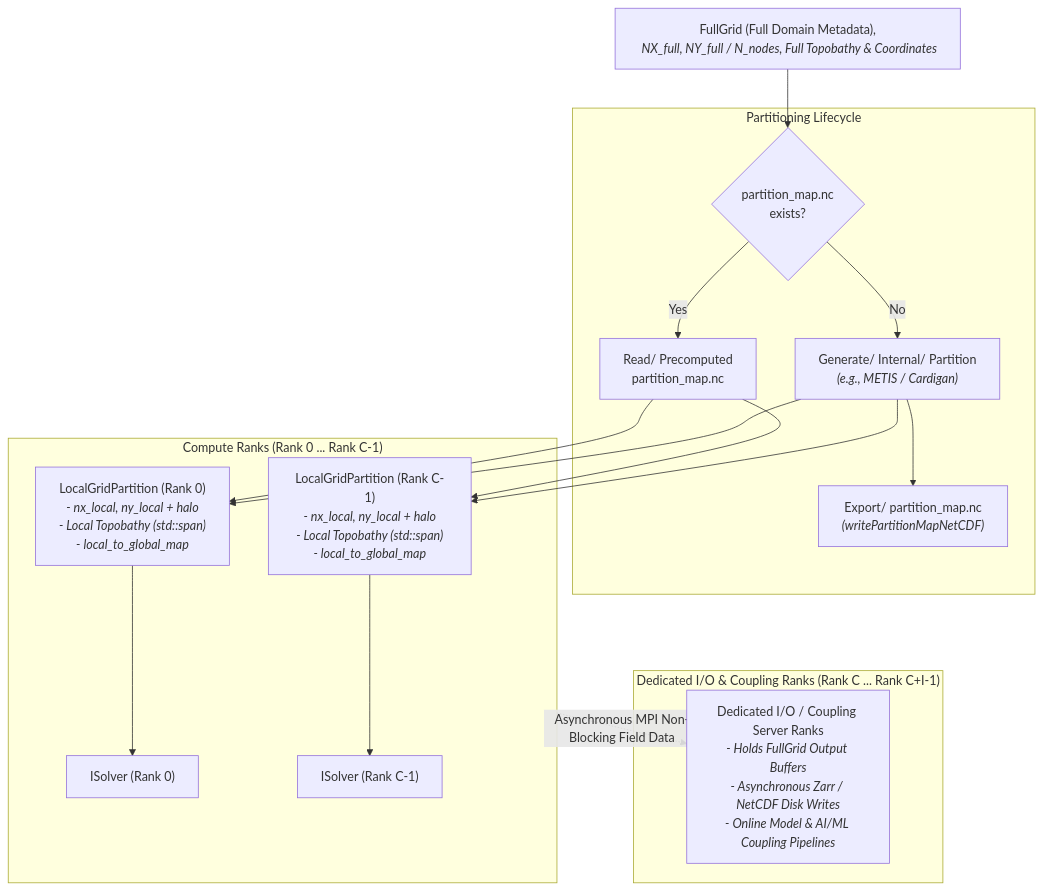
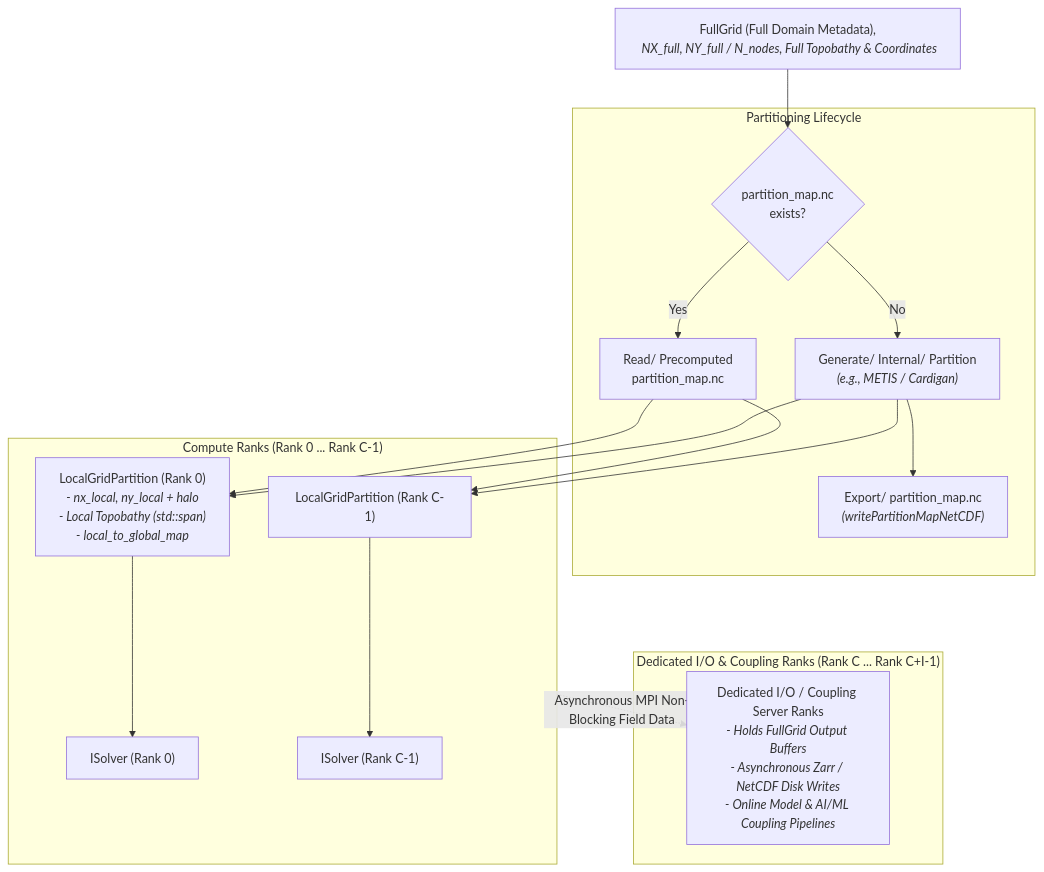
The third of 3 diagrams in ASSESSMENT.md (HendrikTolman-NOAA/WW4_HLT), drawn with Mermaid before and after one commit.

````diff
--- a/ASSESSMENT.md
+++ b/ASSESSMENT.md
@@ -208,39 +208,39 @@
 ```mermaid
 graph TD
     FG["FullGrid&nbsp;(Full&nbsp;Domain&nbsp;Metadata),<br/><i>&nbsp;NX_full,&nbsp;NY_full&nbsp;/&nbsp;N_nodes,&nbsp;Full&nbsp;Topobathy&nbsp;&&nbsp;Coordinates</i>"]
 
     subgraph PartMap ["Partitioning Lifecycle"]
         PM_CHK{"partition_map.nc<br/>exists?"}
         PM_READ["Read/&nbsp;Precomputed<br/>partition_map.nc"]
         PM_GEN["Generate/&nbsp;Internal/&nbsp;Partition<br/><i>(e.g., METIS / Cardigan)</i>"]
         PM_WRITE["Export/&nbsp;partition_map.nc<br/><i>(writePartitionMapNetCDF)</i>"]
 
         PM_CHK -- Yes --> PM_READ
         PM_CHK -- No --> PM_GEN
         PM_GEN --> PM_WRITE
     end
 
     FG --> PM_CHK
 
     subgraph ComputeRanks ["Compute Ranks (Rank 0 ... Rank C-1)"]
         LP0["LocalGridPartition&nbsp;(Rank&nbsp;0)<br/><i>-&nbsp;nx_local,&nbsp;ny_local&nbsp;+&nbsp;halo</i><br/><i>-&nbsp;Local&nbsp;Topobathy&nbsp;(std::span)</i><br/><i>-&nbsp;local_to_global_map</i>"]
-        LPC["LocalGridPartition&nbsp;(Rank&nbsp;C-1)<br/><i>- nx_local, ny_local + halo</i><br/><i>- Local Topobathy (std::span)</i><br/><i>- local_to_global_map</i>"]
+        LPC["LocalGridPartition&nbsp;(Rank&nbsp;C-1)"]
 
         S0["ISolver (Rank 0)"]
         SC["ISolver (Rank C-1)"]
 
         LP0 --> S0
         LPC --> SC
     end
 
     subgraph IORanks ["Dedicated I/O & Coupling Ranks (Rank C ... Rank C+I-1)"]
         IOR["Dedicated I/O / Coupling Server Ranks<br/><i>- Holds FullGrid Output Buffers</i><br/><i>- Asynchronous Zarr / NetCDF Disk Writes</i><br/><i>- Online Model & AI/ML Coupling Pipelines</i>"]
     end
 
     PM_READ --> LP0
     PM_READ --> LPC
     PM_GEN --> LP0
     PM_GEN --> LPC
 
     ComputeRanks -. Asynchronous MPI Non-Blocking Field Data .-> IOR
 ```
````
